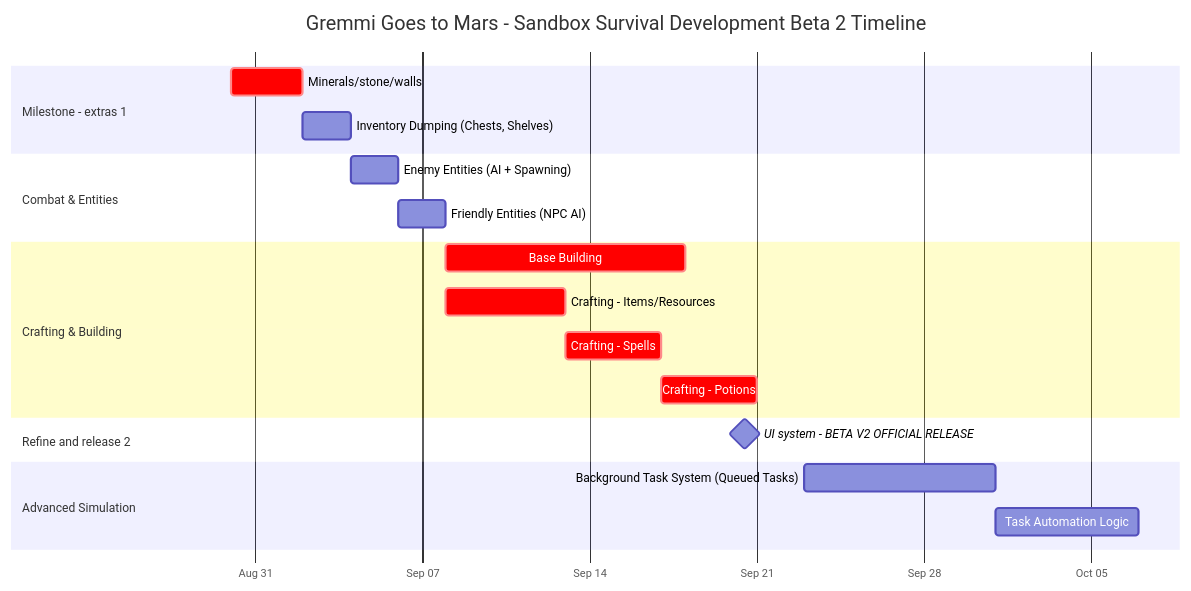
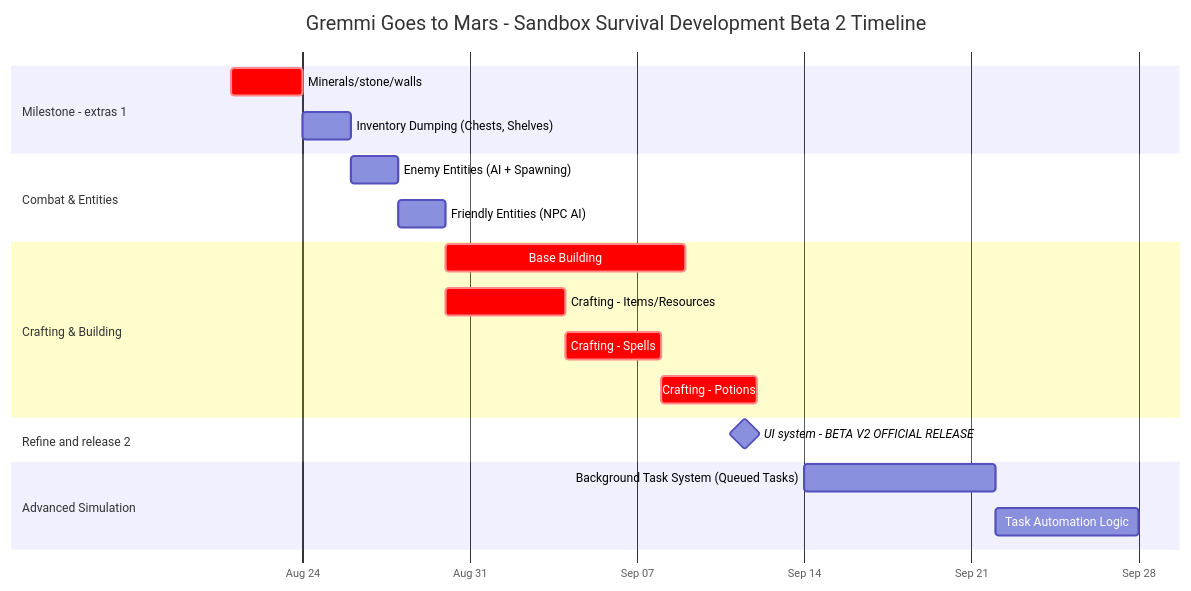
One commit to Jacobchestnut16/GremmiGoesToMars changed the third of 3 diagrams in dist/README.md. Above: the diagram before and after it, drawn with Mermaid. The commit also changed other lines of this file and 1 other file, not shown here.

Commit message:
Minerals/Agriculture: TMP v1.2

````diff
--- a/dist/README.md
+++ b/dist/README.md
@@ -104,42 +108,42 @@
 ```mermaid
 %%{
     init: {
         'gantt': {
             'leftPadding': 200,
             'barHeight': 25,
             'barGap': 15,
             'topPadding': 60
         },
         'themeVariables': {
             'doneTaskBkgColor': '#2B522EFF'
         }
     }
 }%%
 gantt
     title Gremmi Goes to Mars - Sandbox Survival Development Beta 2 Timeline
     dateFormat  YYYY-MM-DD
     axisFormat  %b %d
     
         
     section Milestone - extras 1
-    Minerals/stone/walls                    :crit, a2 , 2025-08-30, 3d
+    Minerals/stone/walls                    :crit, a2 , 2025-08-21, 3d
     Inventory Dumping (Chests, Shelves)     :a1, after a2, 2d
     
     
     section Combat & Entities
     Enemy Entities (AI + Spawning) :d1, after a1, 2d
     Friendly Entities (NPC AI)     :d2, after d1, 2d
     
     section Crafting & Building
     Base Building                  :crit, d6, after d2, 10d
     Crafting - Items/Resources     :crit, d5, after d2, 5d
     Crafting - Spells              :crit, d4, after d5, 4d
     Crafting - Potions             :crit, d3, after d4, 4d
     
     section Refine and release 2
     UI system - BETA V2 OFFICIAL RELEASE     :milestone, release2, after d6, 5d
     
     section Advanced Simulation
     Background Task System (Queued Tasks)   :e1, after release2, 8d
     Task Automation Logic                   :e2, after e1, 6d
 ```
````
